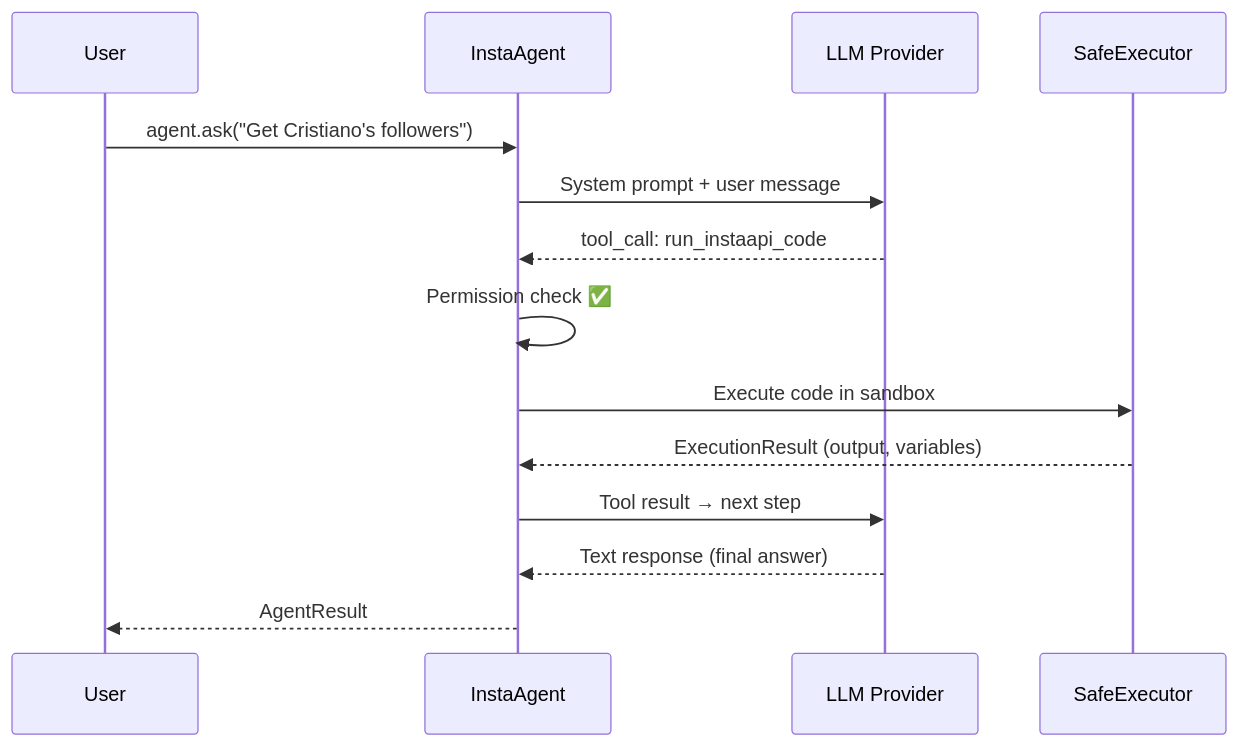
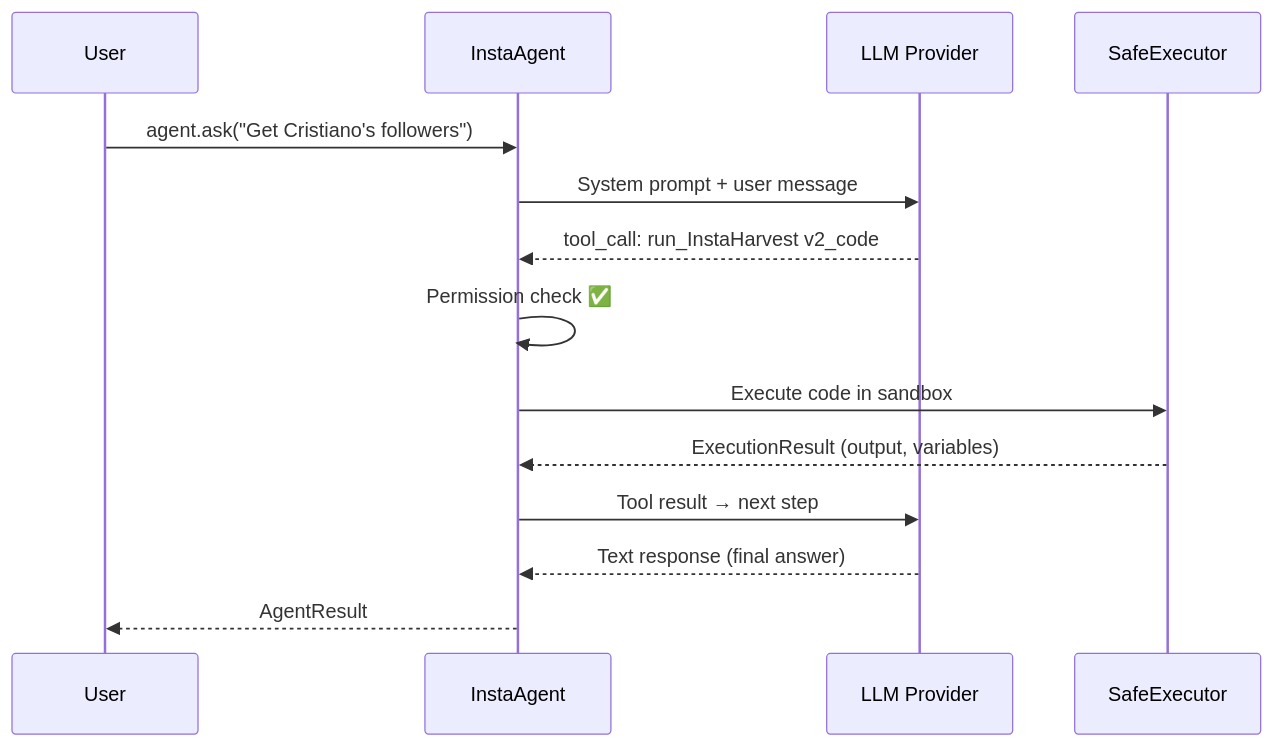
Before and after one commit to mpython77/instaapi: the second of 2 diagrams in docs/agent/architecture.md, drawn with Mermaid. The commit also changed other lines of this file and 54 other files, not shown here.

````diff
--- a/docs/agent/architecture.md
+++ b/docs/agent/architecture.md
@@ -53,17 +53,17 @@
 ```mermaid
 sequenceDiagram
     participant U as User
     participant A as InstaAgent
     participant L as LLM Provider
     participant E as SafeExecutor
 
     U->>A: agent.ask("Get Cristiano's followers")
     A->>L: System prompt + user message
-    L-->>A: tool_call: run_instaapi_code
+    L-->>A: tool_call: run_InstaHarvest v2_code
     A->>A: Permission check ✅
     A->>E: Execute code in sandbox
     E-->>A: ExecutionResult (output, variables)
     A->>L: Tool result → next step
     L-->>A: Text response (final answer)
     A-->>U: AgentResult
 ```
````
